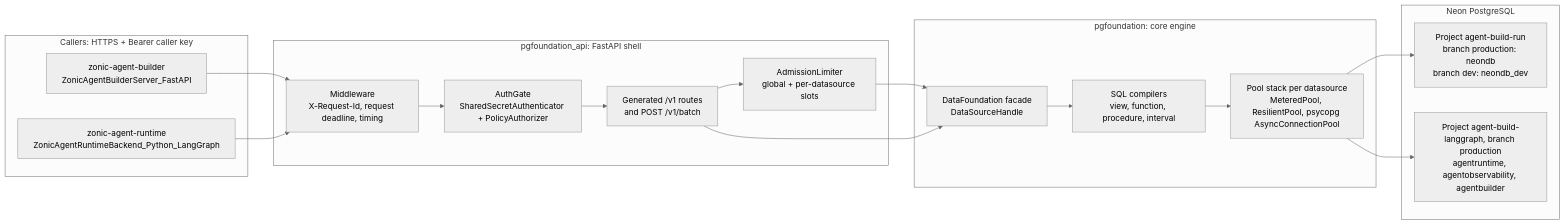
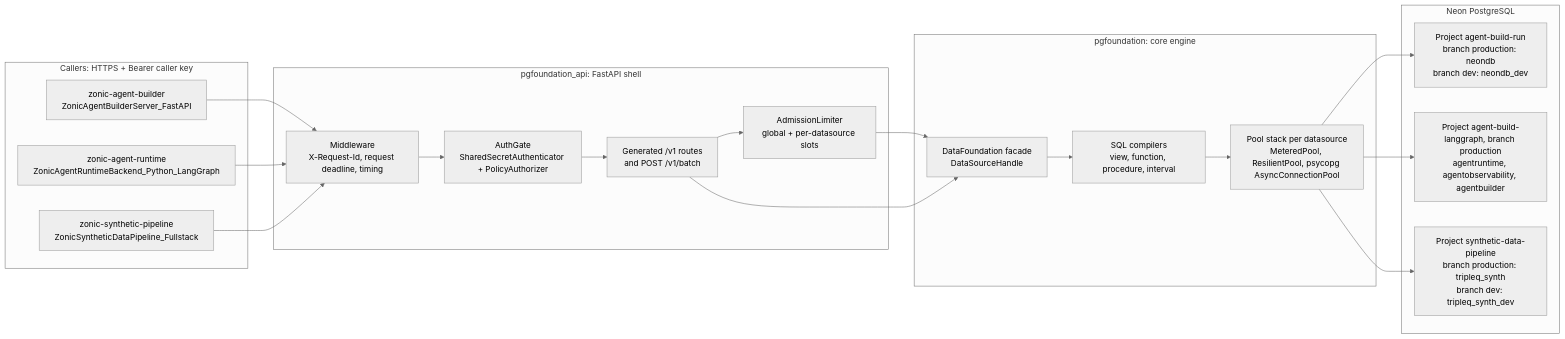
Before and after one commit to TripleQAI/ZonicPostgresqlServer_FastAPI: the first of 2 diagrams in docs/technical-design.md, drawn with Mermaid (neutral theme). The commit also changed other lines of this file and 4 other files, not shown here.

````diff
--- a/docs/technical-design.md
+++ b/docs/technical-design.md
@@ -16,28 +16,30 @@
 ```mermaid
 flowchart LR
   subgraph callers["Callers: HTTPS + Bearer caller key"]
     B["zonic-agent-builder<br/>ZonicAgentBuilderServer_FastAPI"]
     R["zonic-agent-runtime<br/>ZonicAgentRuntimeBackend_Python_LangGraph"]
+    S["zonic-synthetic-pipeline<br/>ZonicSyntheticDataPipeline_Fullstack"]
   end
   subgraph gw["pgfoundation_api: FastAPI shell"]
     MW["Middleware<br/>X-Request-Id, request deadline, timing"]
     AG["AuthGate<br/>SharedSecretAuthenticator + PolicyAuthorizer"]
     RT["Generated /v1 routes<br/>and POST /v1/batch"]
     AL["AdmissionLimiter<br/>global + per-datasource slots"]
   end
   subgraph core["pgfoundation: core engine"]
     FA["DataFoundation facade<br/>DataSourceHandle"]
     CP["SQL compilers<br/>view, function, procedure, interval"]
     PS["Pool stack per datasource<br/>MeteredPool, ResilientPool, psycopg AsyncConnectionPool"]
   end
   subgraph neon["Neon PostgreSQL"]
     N1["Project agent-build-run<br/>branch production: neondb<br/>branch dev: neondb_dev"]
     N2["Project agent-build-langgraph, branch production<br/>agentruntime, agentobservability, agentbuilder"]
+    N3["Project synthetic-data-pipeline<br/>branch production: tripleq_synth<br/>branch dev: tripleq_synth_dev"]
   end
-  B & R --> MW
+  B & R & S --> MW
   MW --> AG --> RT
   RT --> AL --> FA
   RT --> FA
   FA --> CP --> PS
-  PS --> N1 & N2
+  PS --> N1 & N2 & N3
 ```
````
